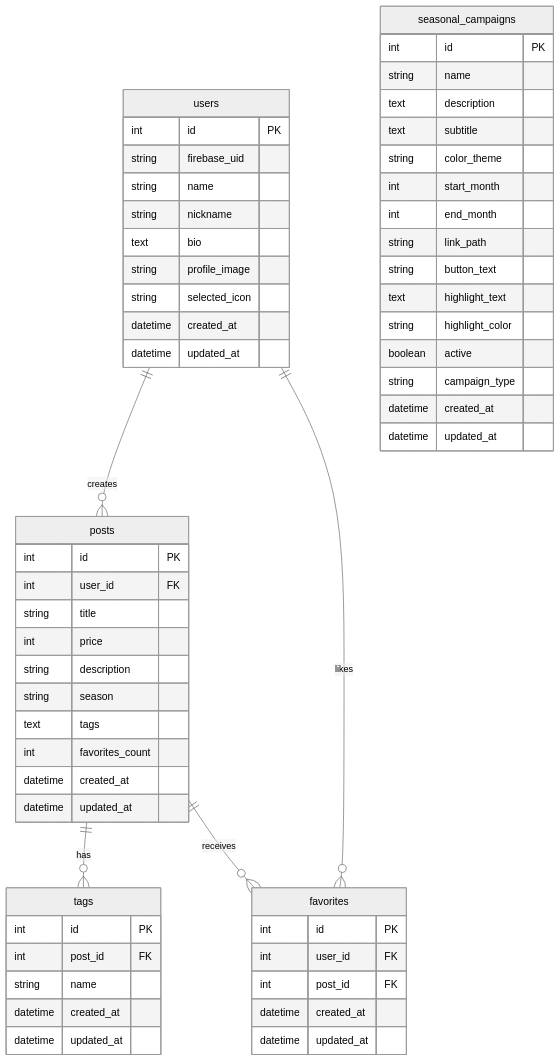
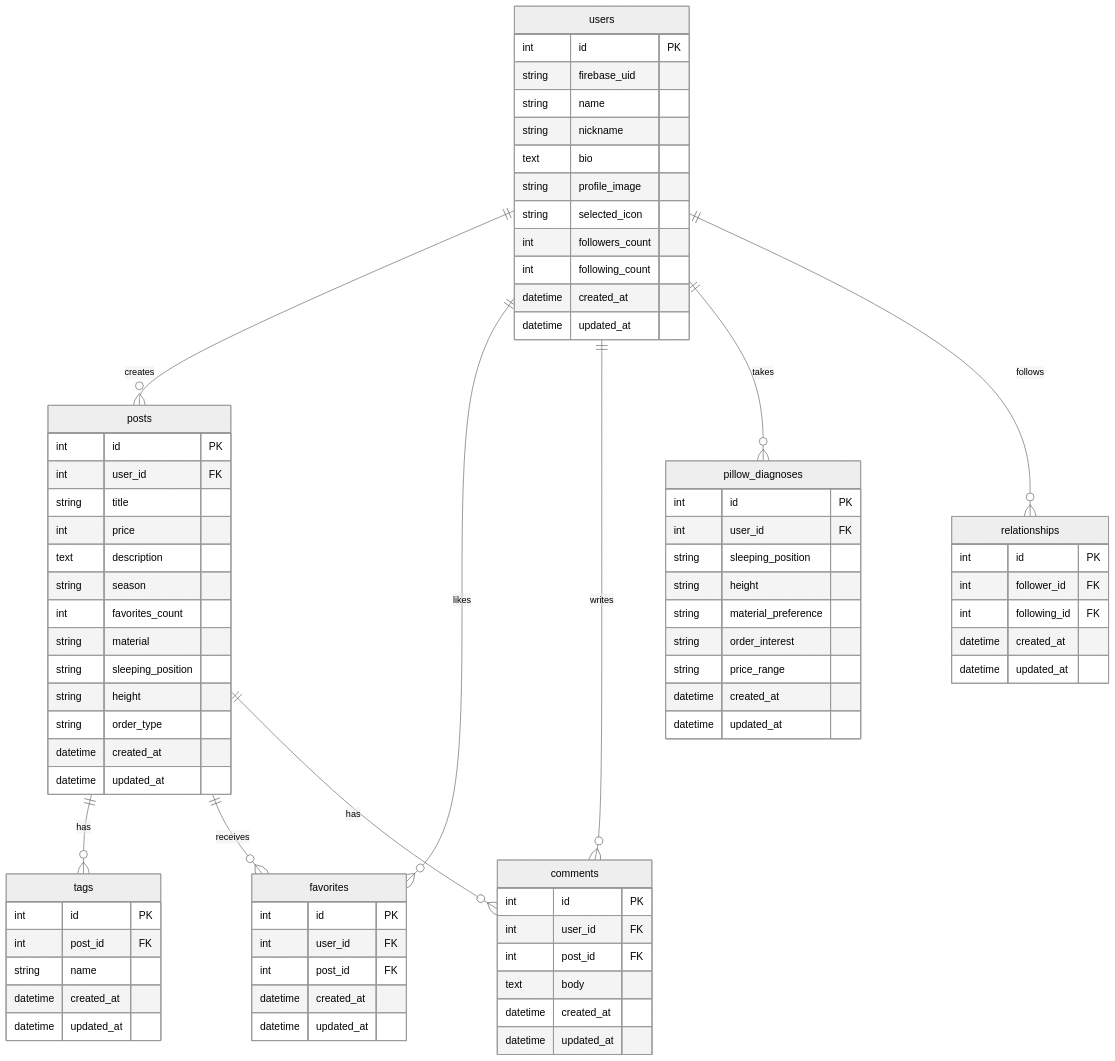
The diagram in README.md (yoitete/mokomoko_front), drawn with Mermaid (neutral theme) before and after one commit. The commit also changed other lines of this file, not shown here.

Commit message:
README.mdの"主な実装機能"とER図の更新を実施

````diff
--- a/README.md
+++ b/README.md
@@ -145,23 +162,28 @@
         text bio
         string profile_image
         string selected_icon
+        int followers_count
+        int following_count
         datetime created_at
         datetime updated_at
     }
-    
+
     posts {
         int id PK
         int user_id FK
         string title
         int price
-        string description
+        text description
         string season
-        text tags
         int favorites_count
+        string material
+        string sleeping_position
+        string height
+        string order_type
         datetime created_at
         datetime updated_at
     }
-    
+
     tags {
         int id PK
         int post_id FK
@@ -169,7 +191,7 @@
         datetime created_at
         datetime updated_at
     }
-    
+
     favorites {
         int id PK
         int user_id FK
@@ -177,27 +199,42 @@
         datetime created_at
         datetime updated_at
     }
-    
-    seasonal_campaigns {
+
+    comments {
         int id PK
-        string name
-        text description
-        text subtitle
-        string color_theme
-        int start_month
-        int end_month
-        string link_path
-        string button_text
-        text highlight_text
-        string highlight_color
-        boolean active
-        string campaign_type
+        int user_id FK
+        int post_id FK
+        text body
         datetime created_at
         datetime updated_at
     }
-    
+
+    relationships {
+        int id PK
+        int follower_id FK
+        int following_id FK
+        datetime created_at
+        datetime updated_at
+    }
+
+    pillow_diagnoses {
+        int id PK
+        int user_id FK
+        string sleeping_position
+        string height
+        string material_preference
+        string order_interest
+        string price_range
+        datetime created_at
+        datetime updated_at
+    }
+
     users ||--o{ posts : "creates"
     users ||--o{ favorites : "likes"
+    users ||--o{ comments : "writes"
+    users ||--o{ pillow_diagnoses : "takes"
+    users ||--o{ relationships : "follows"
     posts ||--o{ tags : "has"
     posts ||--o{ favorites : "receives"
+    posts ||--o{ comments : "has"
 ```
````
